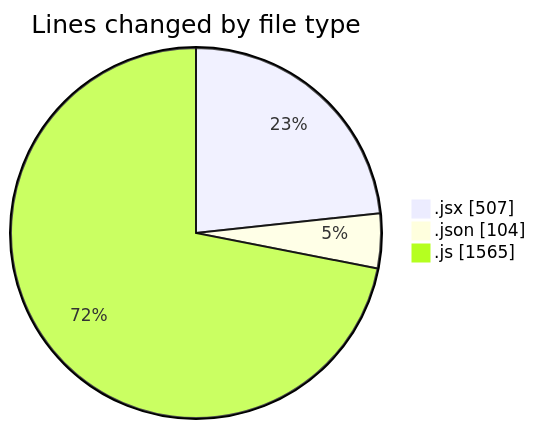
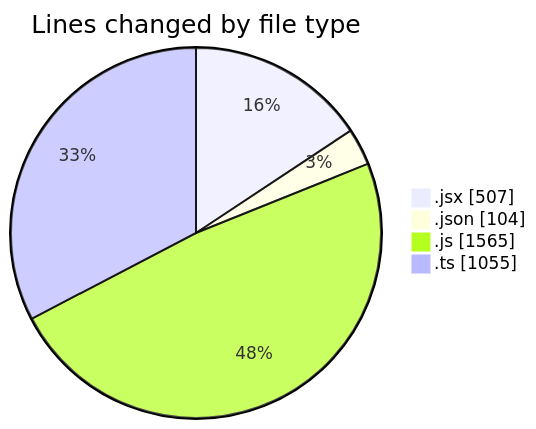
One commit to momahboobian/code-tracking changed the first of 2 diagrams in 2025-05-19/cda/README.md. Above: the diagram before and after it, drawn with Mermaid. The commit also changed other lines of this file and 1 other file, not shown here.

````diff
--- a/2025-05-19/cda/README.md
+++ b/2025-05-19/cda/README.md
@@ -26,7 +27,8 @@
 ```mermaid
 pie showData
 title Lines changed by file type
 ".jsx" : 507
 ".json" : 104
 ".js" : 1565
+".ts" : 1055
 ```
````
